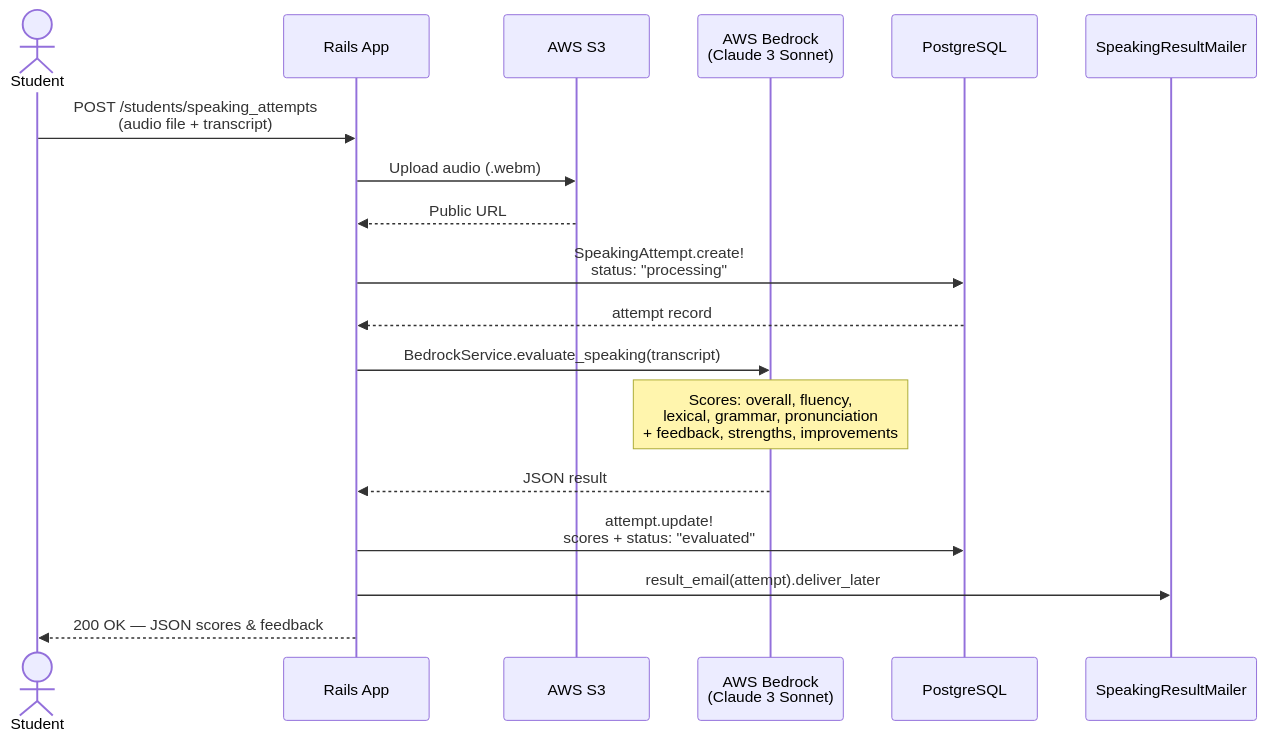
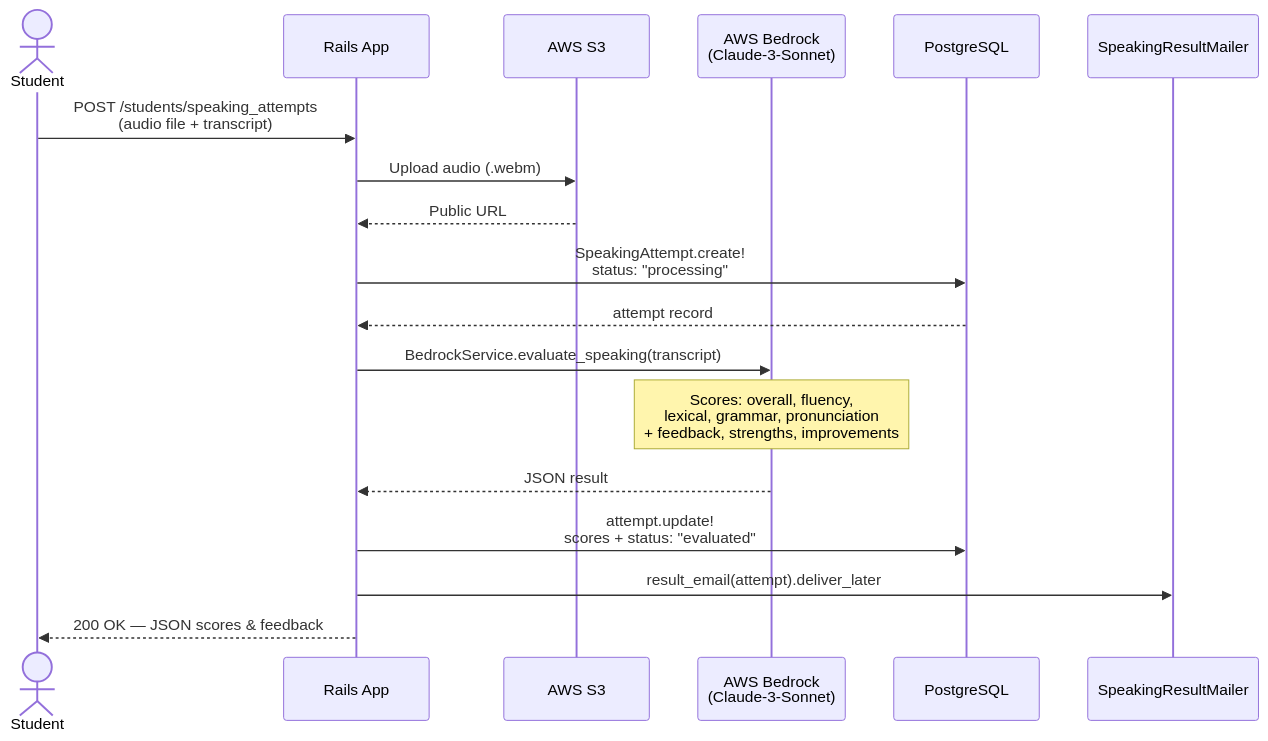
One commit to ThiPhu210/IELTS_LEARNING_PLATFORM changed the third of 9 diagrams in README.md. Above: the diagram before and after it, drawn with Mermaid. The commit also changed other lines of this file, not shown here.

````diff
--- a/README.md
+++ b/README.md
@@ -290,28 +289,28 @@
 ```mermaid
 sequenceDiagram
     actor Student
     participant App as Rails App
     participant S3 as AWS S3
-    participant Bedrock as AWS Bedrock<br/>(Claude 3 Sonnet)
+    participant Bedrock as AWS Bedrock<br/>(Claude-3-Sonnet)
     participant DB as PostgreSQL
     participant Mailer as SpeakingResultMailer
 
     Student->>App: POST /students/speaking_attempts<br/>(audio file + transcript)
 
     App->>S3: Upload audio (.webm)
     S3-->>App: Public URL
 
     App->>DB: SpeakingAttempt.create!<br/>status: "processing"
     DB-->>App: attempt record
 
     App->>Bedrock: BedrockService.evaluate_speaking(transcript)
     Note over Bedrock: Scores: overall, fluency,<br/>lexical, grammar, pronunciation<br/>+ feedback, strengths, improvements
 
     Bedrock-->>App: JSON result
 
     App->>DB: attempt.update!<br/>scores + status: "evaluated"
 
     App->>Mailer: result_email(attempt).deliver_later
 
     App-->>Student: 200 OK — JSON scores & feedback
 ```
````
